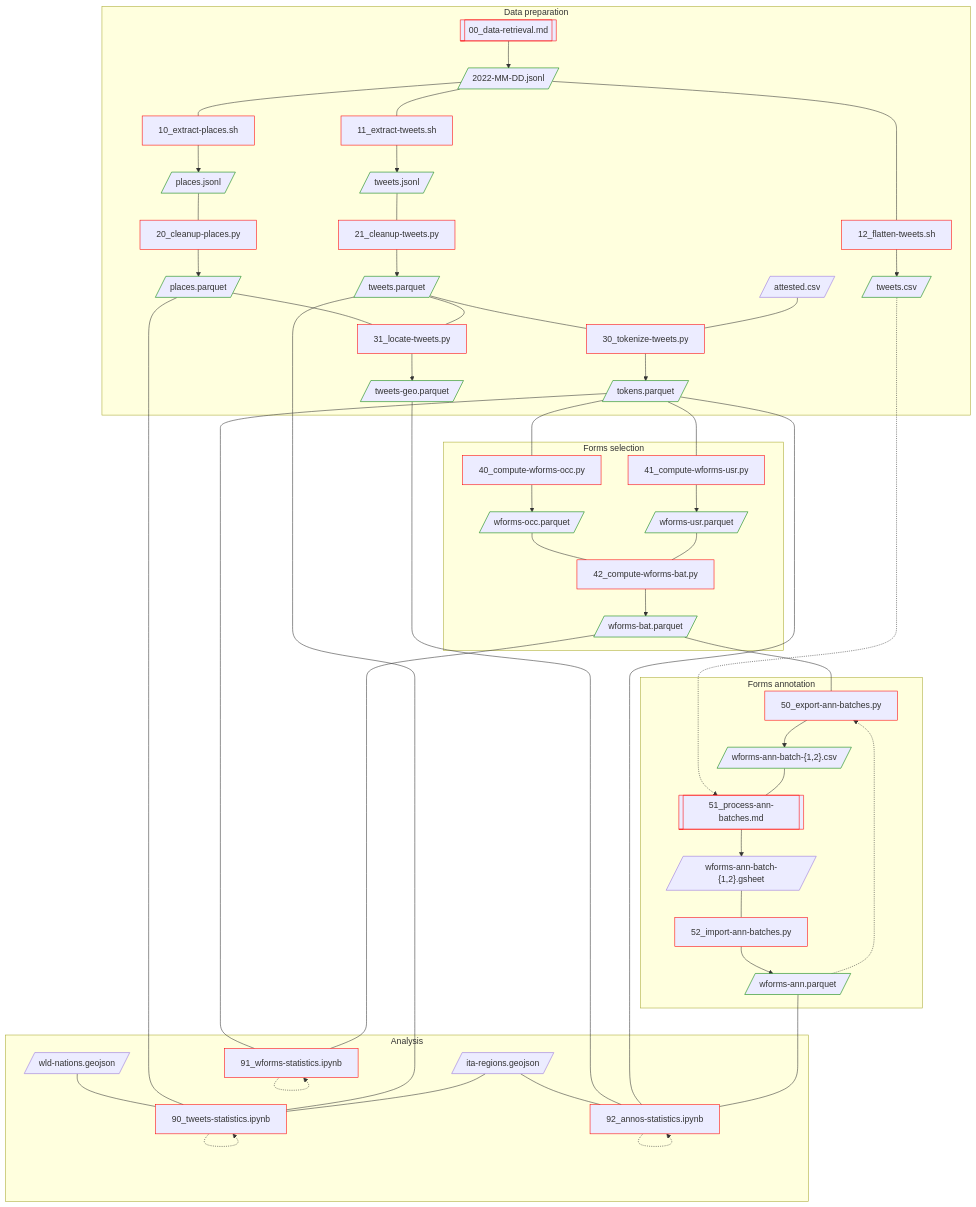
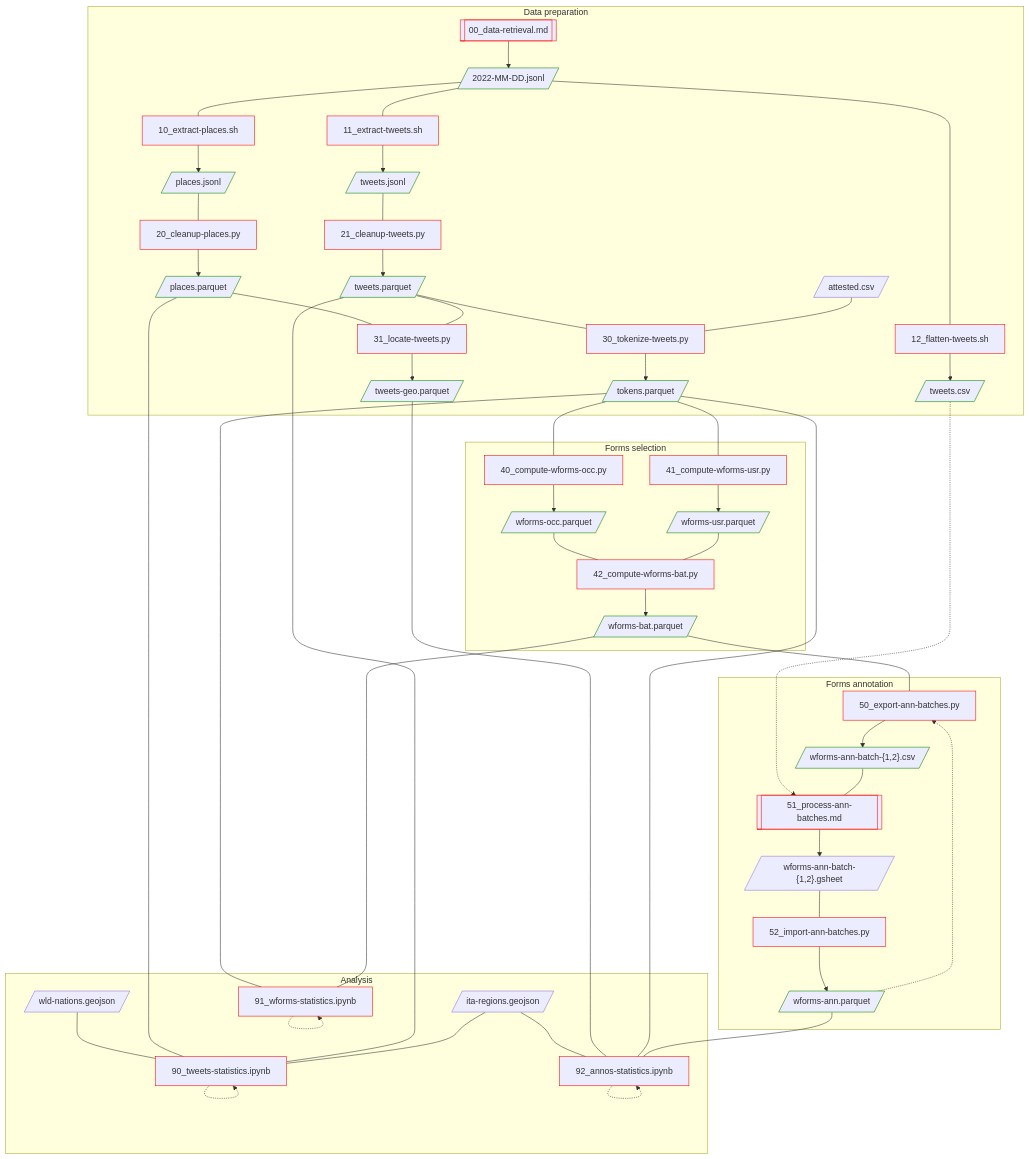
The diagram in README.md (breviloquia-italica/pipeline), drawn with Mermaid before and after one commit.

Commit message:
Clean up flowchart code

```diff
--- a/README.md
+++ b/README.md
@@ -10,80 +10,101 @@
 subgraph "Data preparation"
 
 00[[00_data-retrieval.md]]:::code;
-00 --> 2022-MM-DD.jsonl[/2022-MM-DD.jsonl/]:::data;
-
 10[10_extract-places.sh]:::code;
 11[11_extract-tweets.sh]:::code;
 12[12_flatten-tweets.sh]:::code;
-2022-MM-DD.jsonl --- 10 --> places.jsonl[/places.jsonl/]:::data;
-2022-MM-DD.jsonl --- 11 --> tweets.jsonl[/tweets.jsonl/]:::data;
-2022-MM-DD.jsonl --- 12 --> tweets.csv[/tweets.csv/]:::data;
-
 20[20_cleanup-places.py]:::code;
 21[21_cleanup-tweets.py]:::code;
-places.jsonl --- 20 --> places.parquet[/places.parquet/]:::data;
-tweets.jsonl --- 21 --> tweets.parquet[/tweets.parquet/]:::data;
+30[30_tokenize-tweets.py]:::code;
+31[31_locate-tweets.py]:::code;
 
-30[30_tokenize-tweets.py]:::code;
+2022-MM-DD.jsonl[/2022-MM-DD.jsonl/]:::data;
+places.jsonl[/places.jsonl/]:::data;
+tweets.jsonl[/tweets.jsonl/]:::data;
+tweets.csv[/tweets.csv/]:::data;
+places.parquet[/places.parquet/]:::data;
+tweets.parquet[/tweets.parquet/]:::data;
+tokens.parquet[/tokens.parquet/]:::data;
+tweets-geo.parquet[/tweets-geo.parquet/]:::data;
+
+00 --> 2022-MM-DD.jsonl;
+
+2022-MM-DD.jsonl --- 10 --> places.jsonl;
+2022-MM-DD.jsonl --- 11 --> tweets.jsonl;
+2022-MM-DD.jsonl --- 12 --> tweets.csv;
+
+places.jsonl --- 20 --> places.parquet;
+tweets.jsonl --- 21 --> tweets.parquet;
+
 tweets.parquet --- 30;
 attested.csv --- 30;
-30 --> tokens.parquet[/tokens.parquet/]:::data;
+30 --> tokens.parquet;
 
-31[31_locate-tweets.py]:::code;
 places.parquet --- 31;
-tweets.parquet --- 31 --> tweets-geo.parquet[/tweets-geo.parquet/]:::data;
+tweets.parquet --- 31 --> tweets-geo.parquet;
 
 end
 
 subgraph "Forms selection"
 
 40[40_compute-wforms-occ.py]:::code;
-tokens.parquet --- 40 --> wforms-occ.parquet[/wforms-occ.parquet/]:::data;
+41[41_compute-wforms-usr.py]:::code;
+42[42_compute-wforms-bat.py]:::code;
 
-41[41_compute-wforms-usr.py]:::code;
-tokens.parquet --- 41 --> wforms-usr.parquet[/wforms-usr.parquet/]:::data;
+wforms-occ.parquet[/wforms-occ.parquet/]:::data;
+wforms-usr.parquet[/wforms-usr.parquet/]:::data;
+wforms-bat.parquet[/wforms-bat.parquet/]:::data;
 
-42[42_compute-wforms-bat.py]:::code;
+tokens.parquet --- 40 --> wforms-occ.parquet;
+
+tokens.parquet --- 41 --> wforms-usr.parquet;
+
 wforms-occ.parquet --- 42;
 wforms-usr.parquet --- 42;
-42 --> wforms-bat.parquet[/wforms-bat.parquet/]:::data;
+42 --> wforms-bat.parquet;
 
 end
 
 subgraph "Forms annotation"
 
 50[50_export-ann-batches.py]:::code;
-wforms-bat.parquet --- 50 --> wforms-ann-batch-N.csv[/"wforms-ann-batch-{1,2}.csv"/]:::data;
+51[[51_process-ann-batches.md]]:::code;
+52[52_import-ann-batches.py]:::code;
 
-51[[51_process-ann-batches.md]]:::code;
-tweets.csv -.........-> 51;
-wforms-ann-batch-N.csv --- 51 --> wforms-ann-batch-N.gsheet[/"wforms-ann-batch-{1,2}.gsheet"/]:::extdata;
+wforms-ann-batch-N.csv[/"wforms-ann-batch-{1,2}.csv"/]:::data
+wforms-ann-batch-N.gsheet[/"wforms-ann-batch-{1,2}.gsheet"/]:::extdata;
+wforms-ann.parquet[/wforms-ann.parquet/]:::data;
+
+wforms-bat.parquet --- 50 --> wforms-ann-batch-N.csv;
+
+tweets.csv -.-> 51;
+wforms-ann-batch-N.csv --- 51 --> wforms-ann-batch-N.gsheet;
 wforms-ann.parquet -.-> 50;
 
-52[52_import-ann-batches.py]:::code;
-wforms-ann-batch-N.gsheet --- 52 --> wforms-ann.parquet[/wforms-ann.parquet/]:::data;
+wforms-ann-batch-N.gsheet --- 52 --> wforms-ann.parquet;
 
 end
 
 subgraph "Analysis"
 
 90[90_tweets-statistics.ipynb]:::code;
+91[91_wforms-statistics.ipynb]:::code;
+92[92_annos-statistics.ipynb]:::code;
+
 wld-nations.geojson --- 90;
 places.parquet --- 90;
 tweets.parquet --- 90;
 ita-regions.geojson --- 90;
 90 -.-> 90;
 
-91[91_wforms-statistics.ipynb]:::code;
-tokens.parquet -------------- 91;
+tokens.parquet --- 91;
 wforms-bat.parquet ---- 91;
 91 -.-> 91;
 
-92[92_annos-statistics.ipynb]:::code;
 ita-regions.geojson --- 92;
 tweets-geo.parquet --- 92;
 tokens.parquet --- 92;
-wforms-ann.parquet ---- 92;
+wforms-ann.parquet --- 92;
 92 -.-> 92;
 
 end
```
